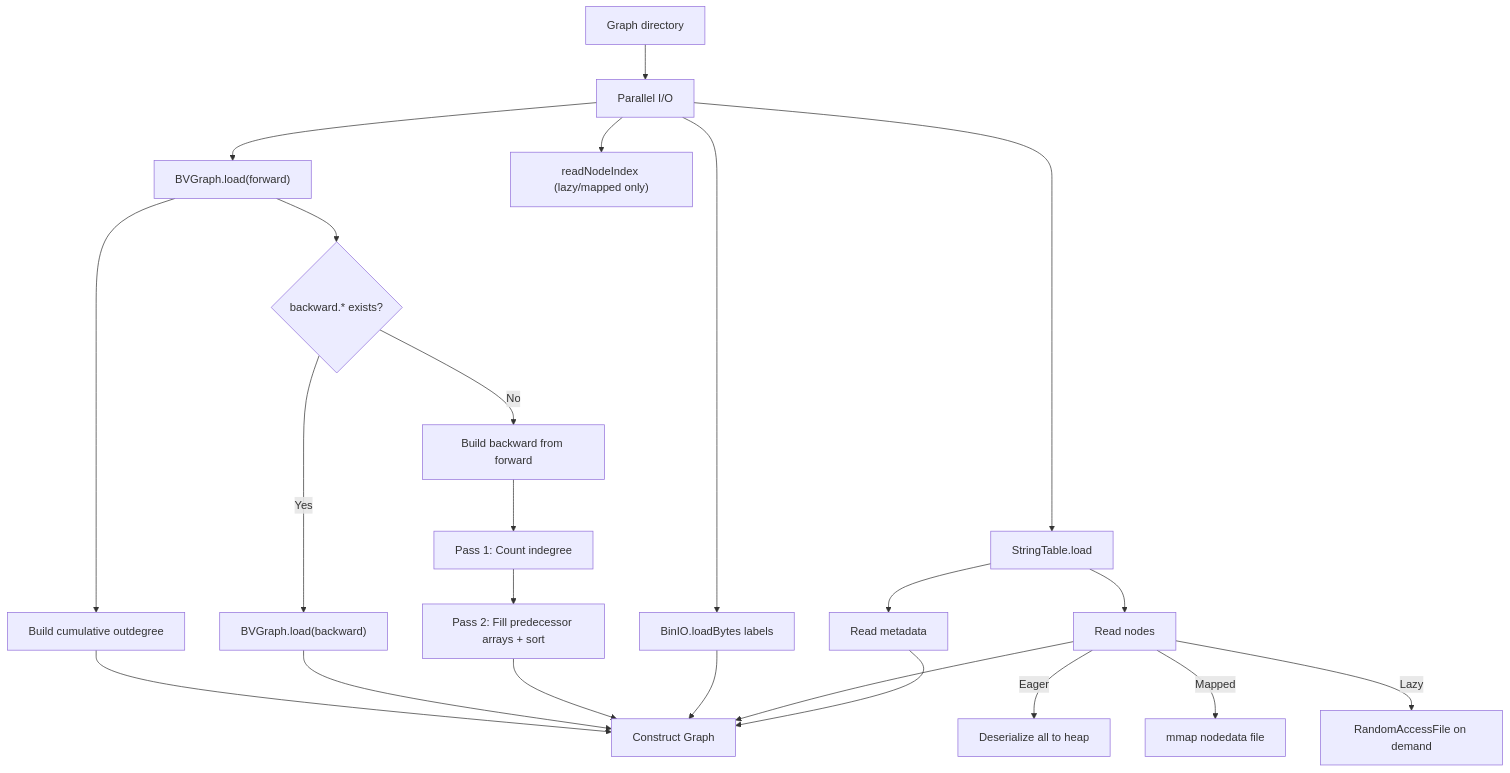
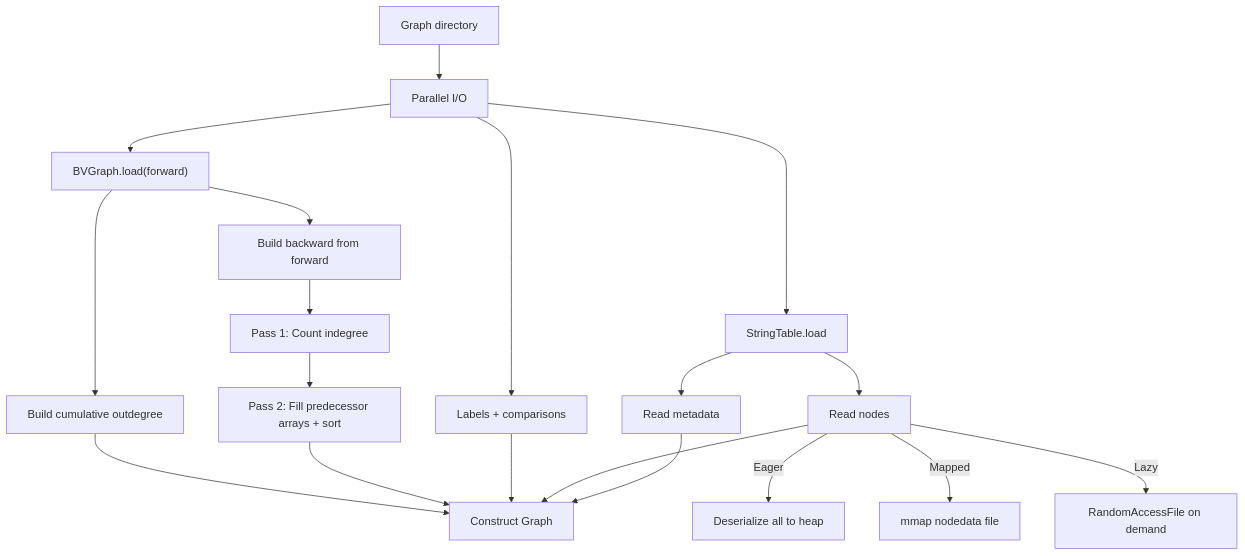
Before and after one commit to johnsonlee/graphite: the second of 2 diagrams in docs/webgraph-storage.md, drawn with Mermaid. The commit also changed other lines of this file and 3 other files, not shown here.

First line of the commit message:
perf: parallelize buildForwardData (save 9s -> 3.8s @4g, 8 threads) (#62)

````diff
--- a/docs/webgraph-storage.md
+++ b/docs/webgraph-storage.md
@@ -122,20 +73,17 @@
 ```mermaid
 graph TD
     A[Graph directory] --> B[Parallel I/O]
     B --> B1["BVGraph.load(forward)"]
     B --> B2[StringTable.load]
-    B --> B3[BinIO.loadBytes labels]
-    B --> B4["readNodeIndex (lazy/mapped only)"]
+    B --> B3[Labels + comparisons]
     B1 --> C[Build cumulative outdegree]
-    B1 --> D{backward.* exists?}
-    D -->|Yes| D1["BVGraph.load(backward)"]
-    D -->|No| D2[Build backward from forward]
-    D2 --> D2a[Pass 1: Count indegree]
-    D2a --> D2b[Pass 2: Fill predecessor arrays + sort]
+    B1 --> D[Build backward from forward]
+    D --> D1[Pass 1: Count indegree]
+    D1 --> D2[Pass 2: Fill predecessor arrays + sort]
     B2 --> E[Read nodes]
     E -->|Eager| E1[Deserialize all to heap]
     E -->|Mapped| E2[mmap nodedata file]
     E -->|Lazy| E3[RandomAccessFile on demand]
     B2 --> F[Read metadata]
-    C & D1 & D2b & B3 & E & F --> G[Construct Graph]
+    C & D2 & B3 & E & F --> G[Construct Graph]
 ```
````
